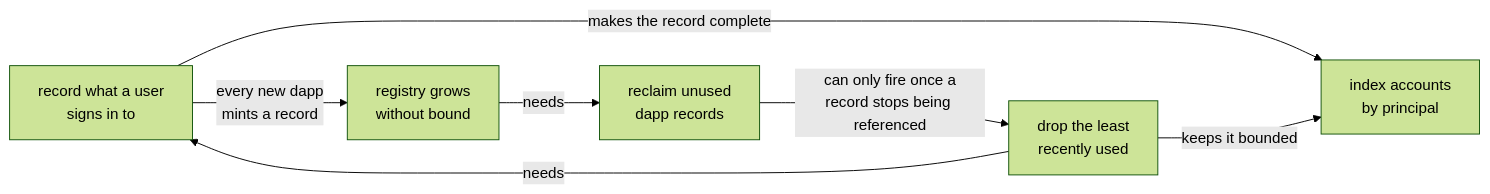
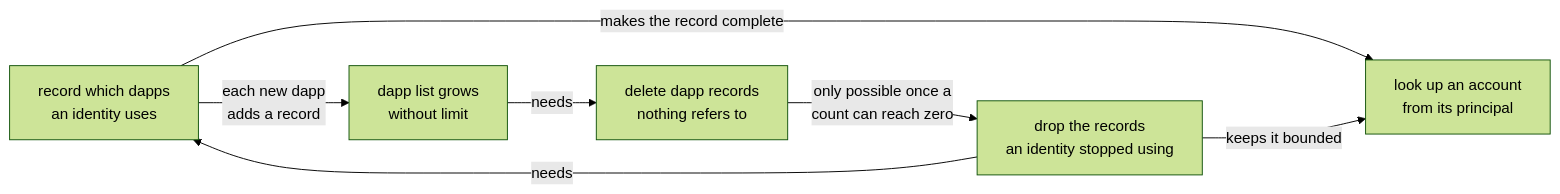
Before and after one commit to dfinity/internet-identity: the second of 2 diagrams in docs/ongoing/tracked-default-accounts.md, drawn with Mermaid (forest theme). The commit also changed other lines of this file, not shown here.

````diff
--- a/docs/ongoing/tracked-default-accounts.md
+++ b/docs/ongoing/tracked-default-accounts.md
@@ -51,9 +55,9 @@
 ```mermaid
 flowchart LR
-    T["record what a user<br/>signs in to"] -->|"every new dapp<br/>mints a record"| G["registry grows<br/>without bound"]
-    G -->|"needs"| R["reclaim unused<br/>dapp records"]
-    R -->|"can only fire once a<br/>record stops being referenced"| E["drop the least<br/>recently used"]
+    T["record which dapps<br/>an identity uses"] -->|"each new dapp<br/>adds a record"| G["dapp list grows<br/>without limit"]
+    G -->|"needs"| R["delete dapp records<br/>nothing refers to"]
+    R -->|"only possible once a<br/>count can reach zero"| E["drop the records<br/>an identity stopped using"]
     E -->|"needs"| T
-    T -->|"makes the record complete"| I["index accounts<br/>by principal"]
+    T -->|"makes the record complete"| I["look up an account<br/>from its principal"]
     E -->|"keeps it bounded"| I
 ```
````
